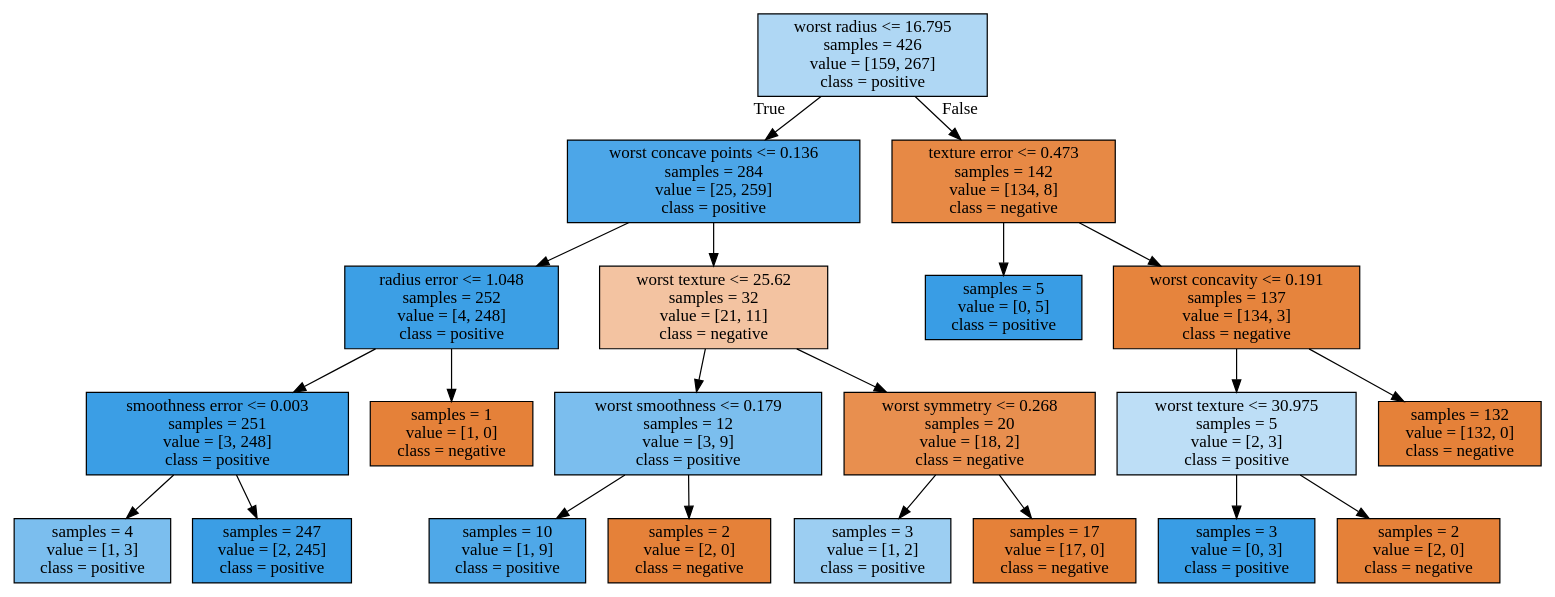
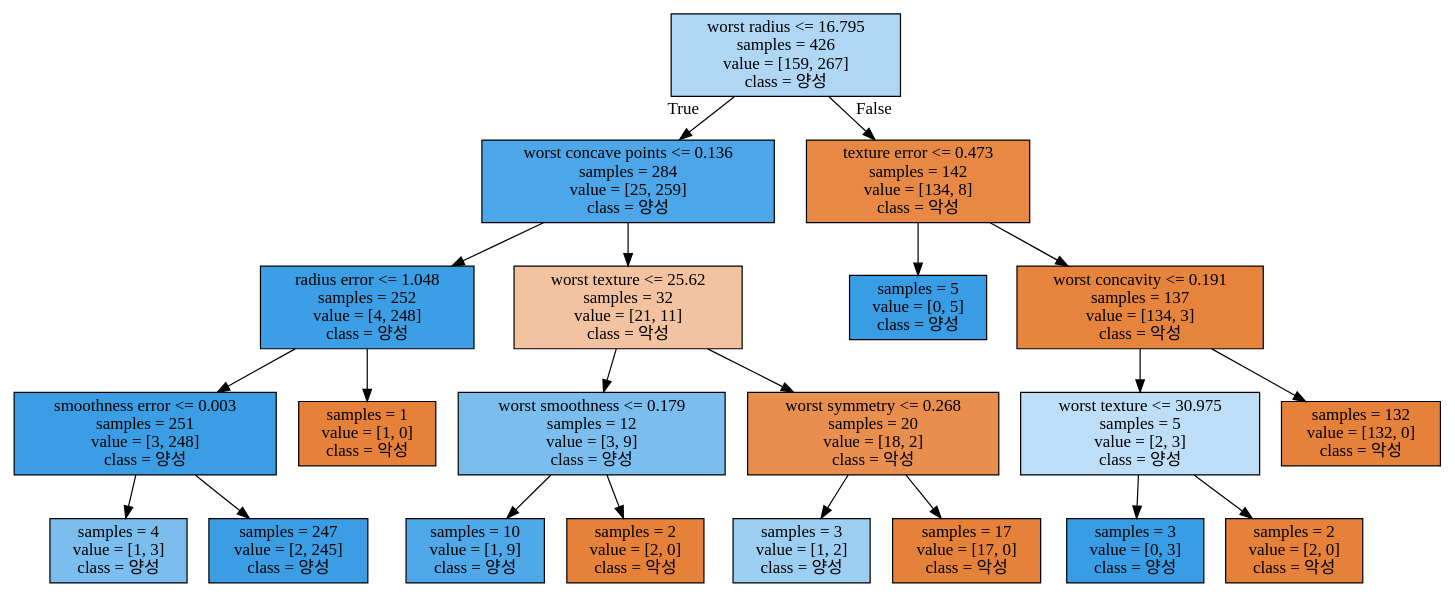
One commit to waldbear4/Python_2021 changed the diagram in tree.dot. Above: the diagram before and after it, drawn with Graphviz. The commit also changed 2 other files, not shown here.

```diff
--- a/tree.dot
+++ b/tree.dot
@@ -1,44 +1,44 @@
 digraph Tree {
 node [shape=box, style="filled", color="black"] ;
-0 [label="worst radius <= 16.795\nsamples = 426\nvalue = [159, 267]\nclass = positive", fillcolor="#afd7f4"] ;
-1 [label="worst concave points <= 0.136\nsamples = 284\nvalue = [25, 259]\nclass = positive", fillcolor="#4ca6e8"] ;
+0 [label="worst radius <= 16.795\nsamples = 426\nvalue = [159, 267]\nclass = 양성", fillcolor="#afd7f4"] ;
+1 [label="worst concave points <= 0.136\nsamples = 284\nvalue = [25, 259]\nclass = 양성", fillcolor="#4ca6e8"] ;
 0 -> 1 [labeldistance=2.5, labelangle=45, headlabel="True"] ;
-2 [label="radius error <= 1.048\nsamples = 252\nvalue = [4, 248]\nclass = positive", fillcolor="#3c9fe5"] ;
+2 [label="radius error <= 1.048\nsamples = 252\nvalue = [4, 248]\nclass = 양성", fillcolor="#3c9fe5"] ;
 1 -> 2 ;
-3 [label="smoothness error <= 0.003\nsamples = 251\nvalue = [3, 248]\nclass = positive", fillcolor="#3b9ee5"] ;
+3 [label="smoothness error <= 0.003\nsamples = 251\nvalue = [3, 248]\nclass = 양성", fillcolor="#3b9ee5"] ;
 2 -> 3 ;
-4 [label="samples = 4\nvalue = [1, 3]\nclass = positive", fillcolor="#7bbeee"] ;
+4 [label="samples = 4\nvalue = [1, 3]\nclass = 양성", fillcolor="#7bbeee"] ;
 3 -> 4 ;
-5 [label="samples = 247\nvalue = [2, 245]\nclass = positive", fillcolor="#3b9ee5"] ;
+5 [label="samples = 247\nvalue = [2, 245]\nclass = 양성", fillcolor="#3b9ee5"] ;
 3 -> 5 ;
-6 [label="samples = 1\nvalue = [1, 0]\nclass = negative", fillcolor="#e58139"] ;
+6 [label="samples = 1\nvalue = [1, 0]\nclass = 악성", fillcolor="#e58139"] ;
 2 -> 6 ;
-7 [label="worst texture <= 25.62\nsamples = 32\nvalue = [21, 11]\nclass = negative", fillcolor="#f3c3a1"] ;
+7 [label="worst texture <= 25.62\nsamples = 32\nvalue = [21, 11]\nclass = 악성", fillcolor="#f3c3a1"] ;
 1 -> 7 ;
-8 [label="worst smoothness <= 0.179\nsamples = 12\nvalue = [3, 9]\nclass = positive", fillcolor="#7bbeee"] ;
+8 [label="worst smoothness <= 0.179\nsamples = 12\nvalue = [3, 9]\nclass = 양성", fillcolor="#7bbeee"] ;
 7 -> 8 ;
-9 [label="samples = 10\nvalue = [1, 9]\nclass = positive", fillcolor="#4fa8e8"] ;
+9 [label="samples = 10\nvalue = [1, 9]\nclass = 양성", fillcolor="#4fa8e8"] ;
 8 -> 9 ;
-10 [label="samples = 2\nvalue = [2, 0]\nclass = negative", fillcolor="#e58139"] ;
+10 [label="samples = 2\nvalue = [2, 0]\nclass = 악성", fillcolor="#e58139"] ;
 8 -> 10 ;
-11 [label="worst symmetry <= 0.268\nsamples = 20\nvalue = [18, 2]\nclass = negative", fillcolor="#e88f4f"] ;
+11 [label="worst symmetry <= 0.268\nsamples = 20\nvalue = [18, 2]\nclass = 악성", fillcolor="#e88f4f"] ;
 7 -> 11 ;
-12 [label="samples = 3\nvalue = [1, 2]\nclass = positive", fillcolor="#9ccef2"] ;
+12 [label="samples = 3\nvalue = [1, 2]\nclass = 양성", fillcolor="#9ccef2"] ;
 11 -> 12 ;
-13 [label="samples = 17\nvalue = [17, 0]\nclass = negative", fillcolor="#e58139"] ;
+13 [label="samples = 17\nvalue = [17, 0]\nclass = 악성", fillcolor="#e58139"] ;
 11 -> 13 ;
-14 [label="texture error <= 0.473\nsamples = 142\nvalue = [134, 8]\nclass = negative", fillcolor="#e78945"] ;
+14 [label="texture error <= 0.473\nsamples = 142\nvalue = [134, 8]\nclass = 악성", fillcolor="#e78945"] ;
 0 -> 14 [labeldistance=2.5, labelangle=-45, headlabel="False"] ;
-15 [label="samples = 5\nvalue = [0, 5]\nclass = positive", fillcolor="#399de5"] ;
+15 [label="samples = 5\nvalue = [0, 5]\nclass = 양성", fillcolor="#399de5"] ;
 14 -> 15 ;
-16 [label="worst concavity <= 0.191\nsamples = 137\nvalue = [134, 3]\nclass = negative", fillcolor="#e6843d"] ;
+16 [label="worst concavity <= 0.191\nsamples = 137\nvalue = [134, 3]\nclass = 악성", fillcolor="#e6843d"] ;
 14 -> 16 ;
-17 [label="worst texture <= 30.975\nsamples = 5\nvalue = [2, 3]\nclass = positive", fillcolor="#bddef6"] ;
+17 [label="worst texture <= 30.975\nsamples = 5\nvalue = [2, 3]\nclass = 양성", fillcolor="#bddef6"] ;
 16 -> 17 ;
-18 [label="samples = 3\nvalue = [0, 3]\nclass = positive", fillcolor="#399de5"] ;
+18 [label="samples = 3\nvalue = [0, 3]\nclass = 양성", fillcolor="#399de5"] ;
 17 -> 18 ;
-19 [label="samples = 2\nvalue = [2, 0]\nclass = negative", fillcolor="#e58139"] ;
+19 [label="samples = 2\nvalue = [2, 0]\nclass = 악성", fillcolor="#e58139"] ;
 17 -> 19 ;
-20 [label="samples = 132\nvalue = [132, 0]\nclass = negative", fillcolor="#e58139"] ;
+20 [label="samples = 132\nvalue = [132, 0]\nclass = 악성", fillcolor="#e58139"] ;
 16 -> 20 ;
 }
```
